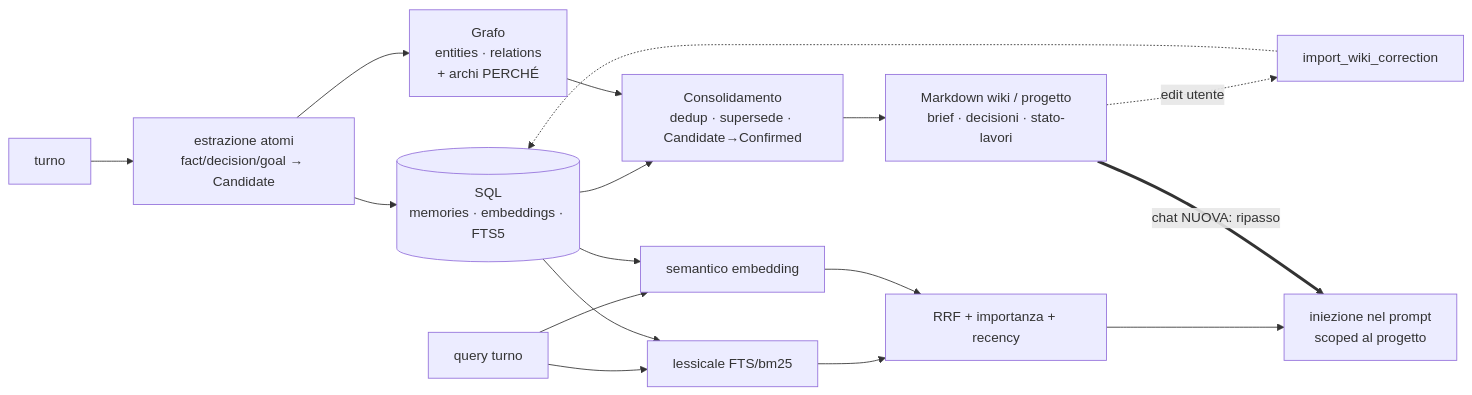
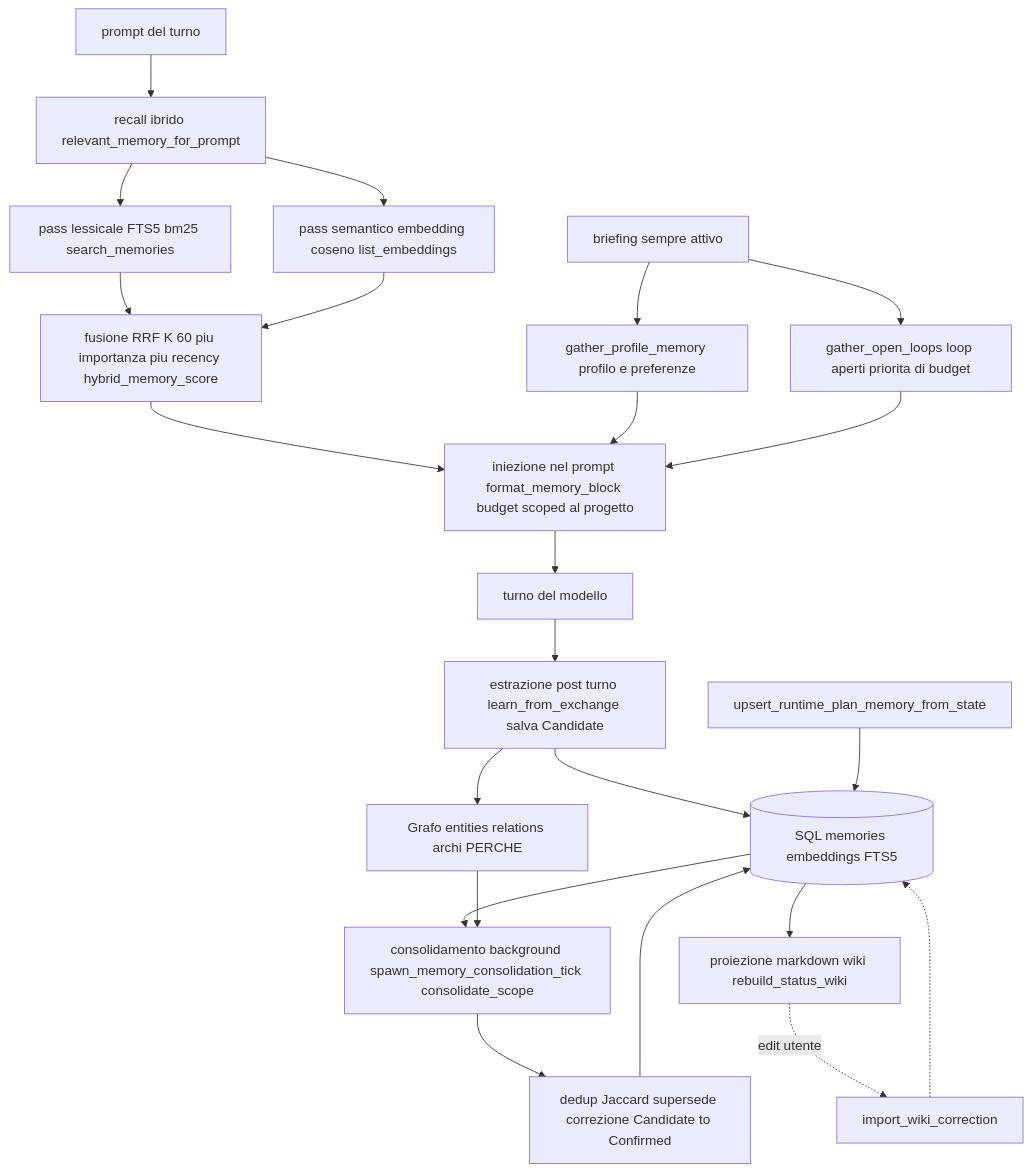
Before and after one commit to homun-app/homun-core: the diagram in docs/architecture/memory.md, drawn with Mermaid. The commit also changed other lines of this file and 10 other files, not shown here.

First line of the commit message:
docs(architecture): reverse-engineer every subsystem + foundations-up plan

````diff
--- a/docs/architecture/memory.md
+++ b/docs/architecture/memory.md
@@ -22,18 +46,24 @@
 ```mermaid
-flowchart LR
-  T[turno] --> EX[estrazione atomi<br/>fact/decision/goal → Candidate]
-  EX --> SQL[(SQL<br/>memories · embeddings · FTS5)]
-  EX --> G[Grafo<br/>entities · relations<br/>+ archi PERCHÉ]
-  SQL --> CONS[Consolidamento<br/>dedup · supersede · Candidate→Confirmed]
+flowchart TD
+  P[prompt del turno] --> R[recall ibrido relevant_memory_for_prompt]
+  R --> FTS[pass lessicale FTS5 bm25 search_memories]
+  R --> DEN[pass semantico embedding coseno list_embeddings]
+  FTS --> RRF[fusione RRF K 60 piu importanza piu recency hybrid_memory_score]
+  DEN --> RRF
+  B[briefing sempre attivo] --> PROF[gather_profile_memory profilo e preferenze]
+  B --> OL[gather_open_loops loop aperti priorita di budget]
+  RRF --> INJ[iniezione nel prompt format_memory_block budget scoped al progetto]
+  PROF --> INJ
+  OL --> INJ
+  INJ --> LLM[turno del modello]
+  LLM --> EX[estrazione post turno learn_from_exchange salva Candidate]
+  EX --> SQL[(SQL memories embeddings FTS5)]
+  EX --> G[Grafo entities relations archi PERCHE]
+  PLAN[upsert_runtime_plan_memory_from_state] --> SQL
+  SQL --> CONS[consolidamento background spawn_memory_consolidation_tick consolidate_scope]
   G --> CONS
-  CONS --> MD[Markdown wiki / progetto<br/>brief · decisioni · stato-lavori]
-  MD -. edit utente .-> SYNC[import_wiki_correction] -.-> SQL
-  Q[query turno] --> FTS[lessicale FTS/bm25]
-  Q --> DEN[semantico embedding]
-  SQL --> FTS
-  SQL --> DEN
-  FTS --> RRF[RRF + importanza + recency]
-  DEN --> RRF
-  RRF --> INJ[iniezione nel prompt<br/>scoped al progetto]
-  MD ==>|chat NUOVA: ripasso| INJ
+  CONS --> DEDUP[dedup Jaccard supersede correzione Candidate to Confirmed]
+  DEDUP --> SQL
+  SQL --> WIKI[proiezione markdown wiki rebuild_status_wiki]
+  WIKI -. edit utente .-> SYNC[import_wiki_correction] -.-> SQL
 ```
````
